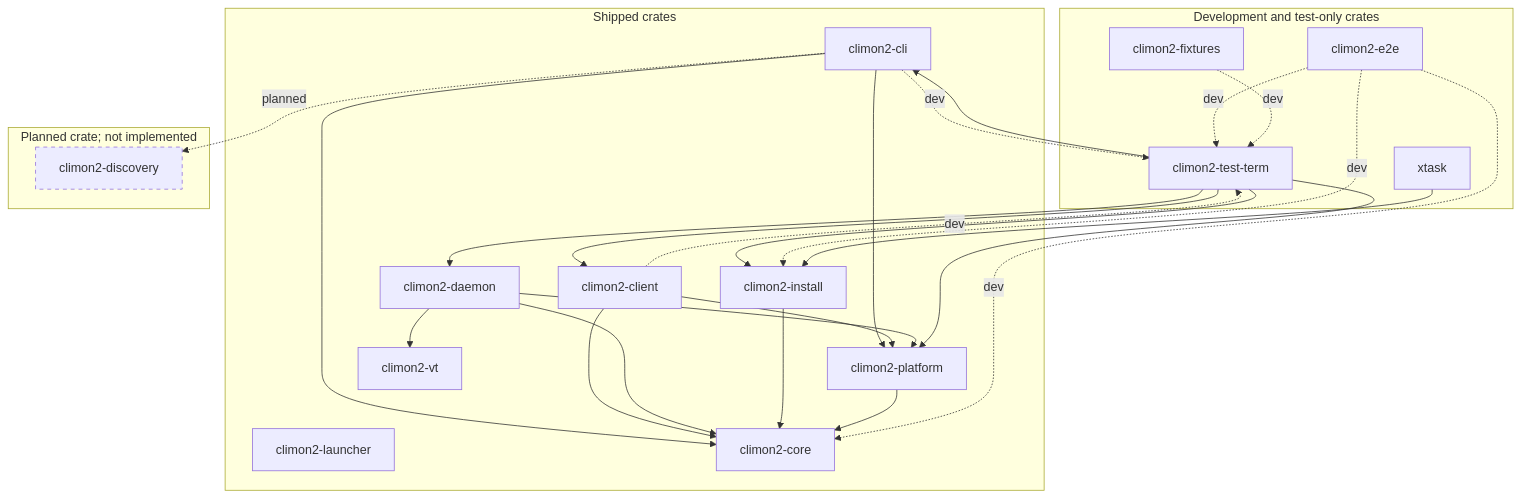
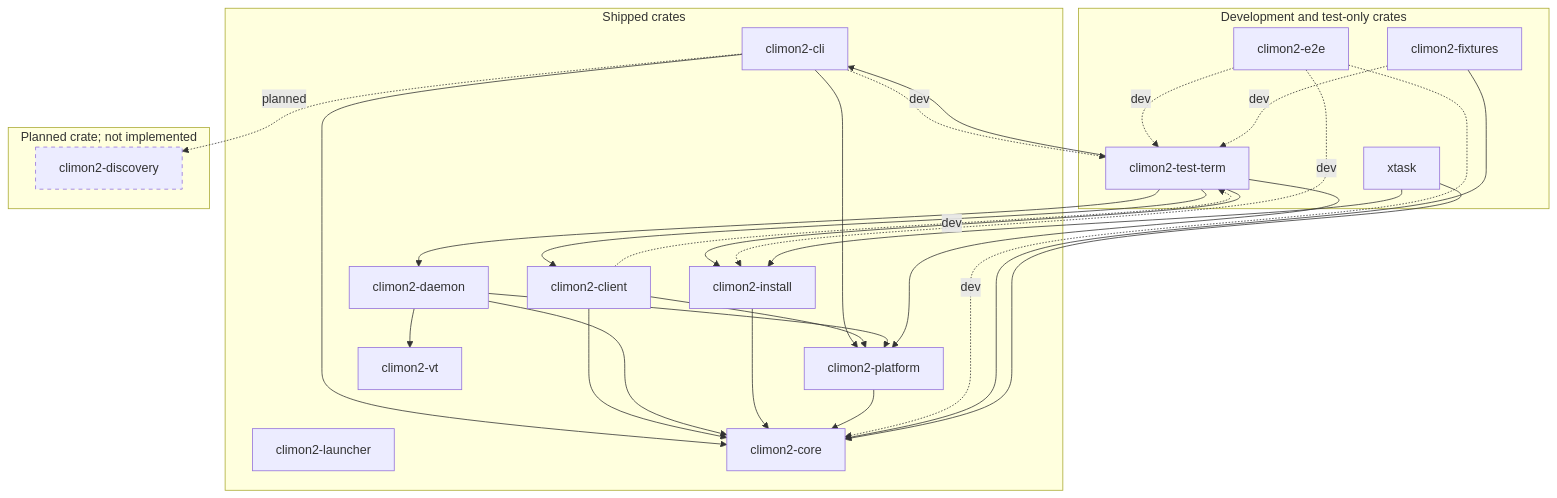
Before and after one commit to jackgeek/climon2: the diagram in docs/crate-relationships.md, drawn with Mermaid. The commit also changed other lines of this file and 10 other files, not shown here.

````diff
--- a/docs/crate-relationships.md
+++ b/docs/crate-relationships.md
@@ -10,49 +10,51 @@
 ```mermaid
 flowchart TB
     subgraph shipped["Shipped crates"]
         launcher["climon2-launcher"]
         cli["climon2-cli"]
         client["climon2-client"]
         daemon["climon2-daemon"]
         install["climon2-install"]
         platform["climon2-platform"]
         core["climon2-core"]
         vt["climon2-vt"]
 
         cli --> core
         cli --> platform
         client --> core
         client --> platform
         daemon --> core
         daemon --> platform
         daemon --> vt
         install --> core
         platform --> core
     end
 
     subgraph development["Development and test-only crates"]
         test_term["climon2-test-term"]
         e2e["climon2-e2e"]
         fixtures["climon2-fixtures"]
         xtask["xtask"]
     end
 
     cli -.->|"dev"| test_term
     client -.->|"dev"| test_term
     test_term --> cli
     test_term --> client
     test_term --> daemon
     test_term --> install
     test_term --> platform
     e2e -.->|"dev"| core
     e2e -.->|"dev"| install
     e2e -.->|"dev"| test_term
+    fixtures --> core
     fixtures -.->|"dev"| test_term
+    xtask --> core
     xtask --> install
 
     subgraph planned["Planned crate; not implemented"]
         discovery["climon2-discovery"]
     end
     cli -.->|"planned"| discovery
     style discovery stroke-dasharray: 5 5
 ```
````
